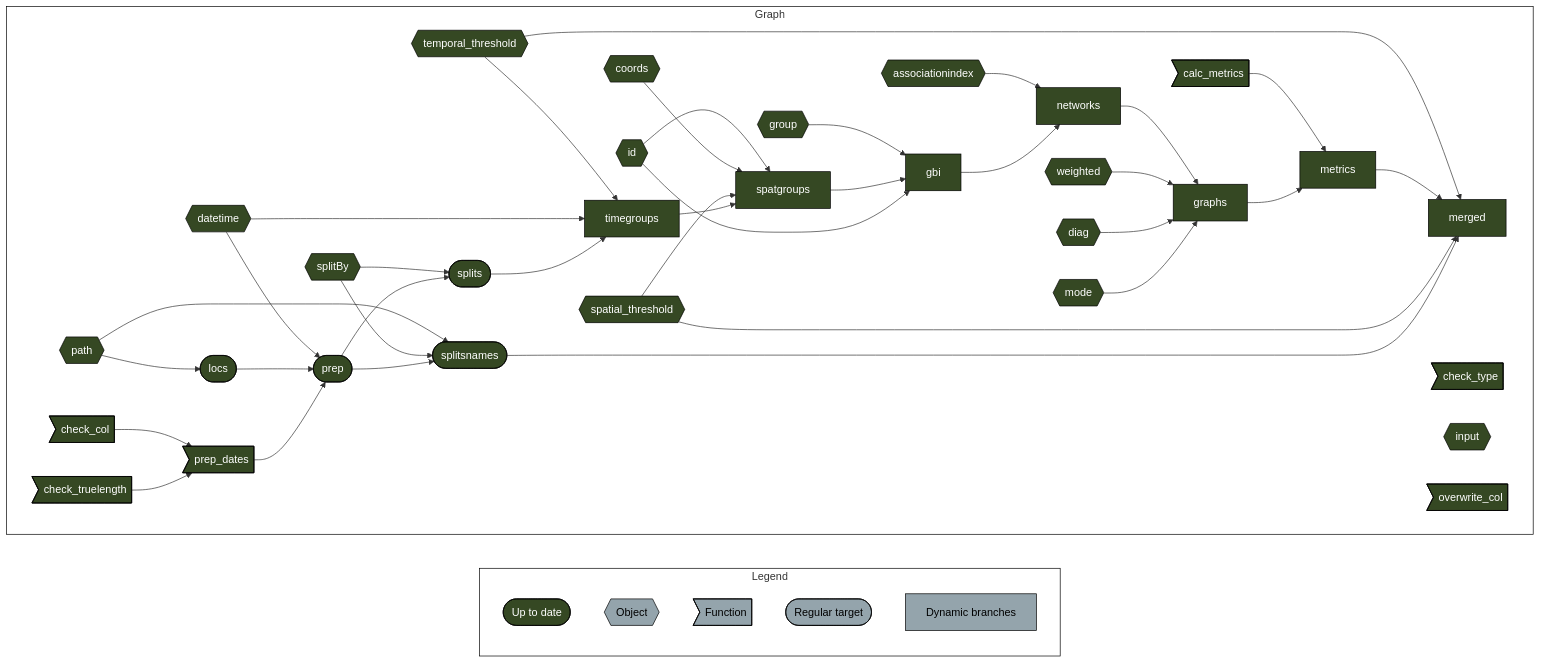
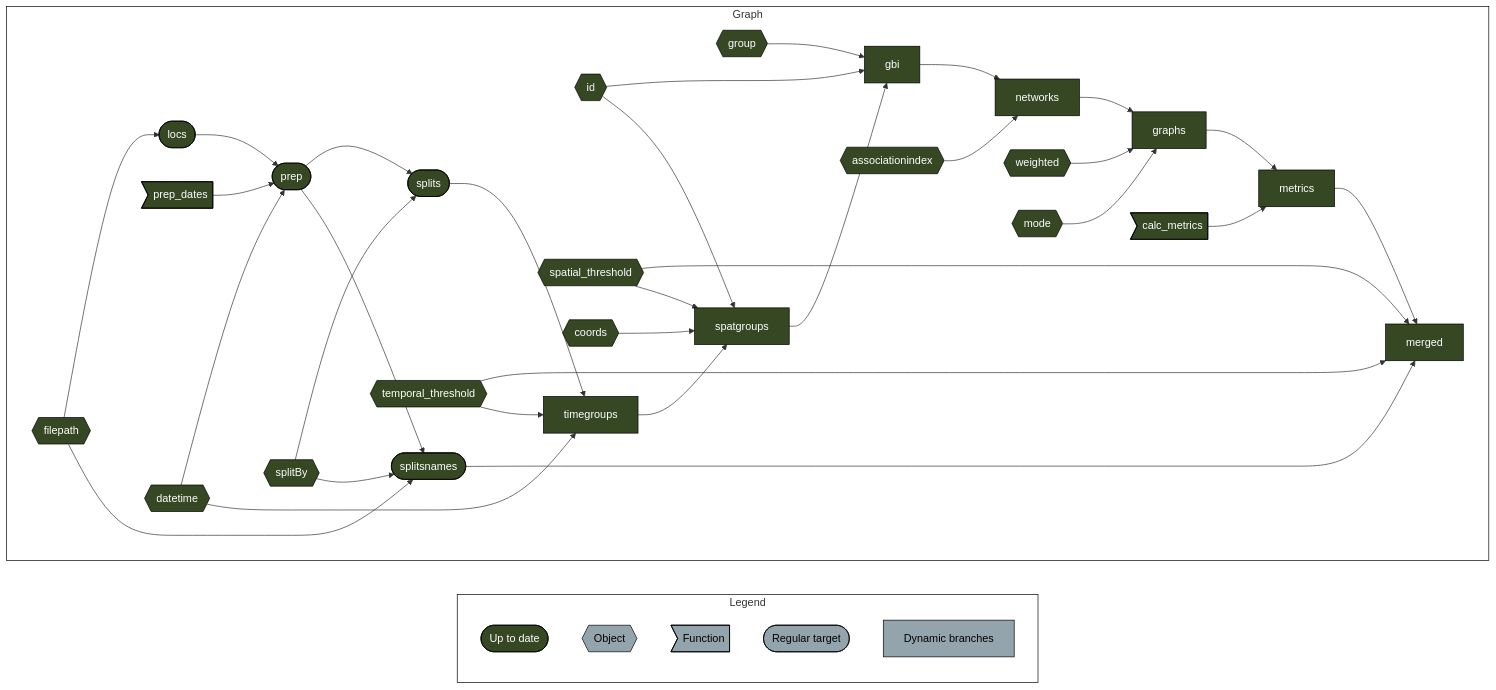
One commit to robitalec/targets-spatsoc-networks changed the diagram in README.md. Above: the diagram before and after it, drawn with Mermaid.

````diff
--- a/README.md
+++ b/README.md
@@ -10,53 +10,48 @@
 ``` mermaid
 graph LR
   style Legend fill:#FFFFFF00,stroke:#000000;
   style Graph fill:#FFFFFF00,stroke:#000000;
   subgraph Legend
     xf1522833a4d242c5(["Up to date"]):::uptodate
     xbecb13963f49e50b{{"Object"}}:::none
     xeb2d7cac8a1ce544>"Function"]:::none
     xd03d7c7dd2ddda2b(["Regular target"]):::none
     x6f7e04ea3427f824["Dynamic branches"]:::none
   end
   subgraph Graph
     direction LR
     xfeaff7c1bc5fe2e5{{"group"}}:::uptodate --> x8b0c676d7240242a["gbi"]:::uptodate
+    xc25194a2e4c760d5{{"id"}}:::uptodate --> x8b0c676d7240242a["gbi"]:::uptodate
     xdf10c21b92224150["spatgroups"]:::uptodate --> x8b0c676d7240242a["gbi"]:::uptodate
-    xc25194a2e4c760d5{{"id"}}:::uptodate --> x8b0c676d7240242a["gbi"]:::uptodate
     xc389638817199bf0["networks"]:::uptodate --> x2db02d438e6d5e6f["graphs"]:::uptodate
     x7ceaaf778822044f{{"weighted"}}:::uptodate --> x2db02d438e6d5e6f["graphs"]:::uptodate
-    x46c09bf5c2e742c0{{"diag"}}:::uptodate --> x2db02d438e6d5e6f["graphs"]:::uptodate
     x8568773019f89f54{{"mode"}}:::uptodate --> x2db02d438e6d5e6f["graphs"]:::uptodate
-    x3a8cafda074e65bb{{"path"}}:::uptodate --> x5d49490da5202c91(["locs"]):::uptodate
-    x7691bca923fa768d{{"temporal_threshold"}}:::uptodate --> x0babe2584c9010e0["merged"]:::uptodate
+    x251c0fecf340765b{{"filepath"}}:::uptodate --> x5d49490da5202c91(["locs"]):::uptodate
     x544e14c8fac2c5b0["metrics"]:::uptodate --> x0babe2584c9010e0["merged"]:::uptodate
     x86be964788bf0a62{{"spatial_threshold"}}:::uptodate --> x0babe2584c9010e0["merged"]:::uptodate
     xe5f9f129783c9289(["splitsnames"]):::uptodate --> x0babe2584c9010e0["merged"]:::uptodate
+    x7691bca923fa768d{{"temporal_threshold"}}:::uptodate --> x0babe2584c9010e0["merged"]:::uptodate
     x6f3a445de245bc35>"calc_metrics"]:::uptodate --> x544e14c8fac2c5b0["metrics"]:::uptodate
     x2db02d438e6d5e6f["graphs"]:::uptodate --> x544e14c8fac2c5b0["metrics"]:::uptodate
     xc46e1ab6af5c8492{{"associationindex"}}:::uptodate --> xc389638817199bf0["networks"]:::uptodate
     x8b0c676d7240242a["gbi"]:::uptodate --> xc389638817199bf0["networks"]:::uptodate
+    xd135a9eb46727432>"prep_dates"]:::uptodate --> x3906e3b7b61cde90(["prep"]):::uptodate
     xe1070fbd6d46a47b{{"datetime"}}:::uptodate --> x3906e3b7b61cde90(["prep"]):::uptodate
     x5d49490da5202c91(["locs"]):::uptodate --> x3906e3b7b61cde90(["prep"]):::uptodate
-    xd135a9eb46727432>"prep_dates"]:::uptodate --> x3906e3b7b61cde90(["prep"]):::uptodate
-    x83d114b3a3c10259>"check_col"]:::uptodate --> xd135a9eb46727432>"prep_dates"]:::uptodate
-    xdc96f2f8f81b25ad>"check_truelength"]:::uptodate --> xd135a9eb46727432>"prep_dates"]:::uptodate
+    xbd740468b493bf05{{"coords"}}:::uptodate --> xdf10c21b92224150["spatgroups"]:::uptodate
     xc25194a2e4c760d5{{"id"}}:::uptodate --> xdf10c21b92224150["spatgroups"]:::uptodate
-    xbd740468b493bf05{{"coords"}}:::uptodate --> xdf10c21b92224150["spatgroups"]:::uptodate
     x86be964788bf0a62{{"spatial_threshold"}}:::uptodate --> xdf10c21b92224150["spatgroups"]:::uptodate
     xc119b121c4bf638e["timegroups"]:::uptodate --> xdf10c21b92224150["spatgroups"]:::uptodate
     x6fa178f2283ab5b1{{"splitBy"}}:::uptodate --> xf94084fe2fb21595(["splits"]):::uptodate
     x3906e3b7b61cde90(["prep"]):::uptodate --> xf94084fe2fb21595(["splits"]):::uptodate
-    x3a8cafda074e65bb{{"path"}}:::uptodate --> xe5f9f129783c9289(["splitsnames"]):::uptodate
+    x251c0fecf340765b{{"filepath"}}:::uptodate --> xe5f9f129783c9289(["splitsnames"]):::uptodate
     x6fa178f2283ab5b1{{"splitBy"}}:::uptodate --> xe5f9f129783c9289(["splitsnames"]):::uptodate
     x3906e3b7b61cde90(["prep"]):::uptodate --> xe5f9f129783c9289(["splitsnames"]):::uptodate
+    xe1070fbd6d46a47b{{"datetime"}}:::uptodate --> xc119b121c4bf638e["timegroups"]:::uptodate
     x7691bca923fa768d{{"temporal_threshold"}}:::uptodate --> xc119b121c4bf638e["timegroups"]:::uptodate
-    xe1070fbd6d46a47b{{"datetime"}}:::uptodate --> xc119b121c4bf638e["timegroups"]:::uptodate
     xf94084fe2fb21595(["splits"]):::uptodate --> xc119b121c4bf638e["timegroups"]:::uptodate
-    xec6515aea887f2e6>"check_type"]:::uptodate
-    x2ee4157c3daee3b7{{"input"}}:::uptodate
-    x3e158351e917890c>"overwrite_col"]:::uptodate
+    
   end
   classDef uptodate stroke:#000000,color:#ffffff,fill:#354823;
   classDef none stroke:#000000,color:#000000,fill:#94a4ac;
 ```
````
